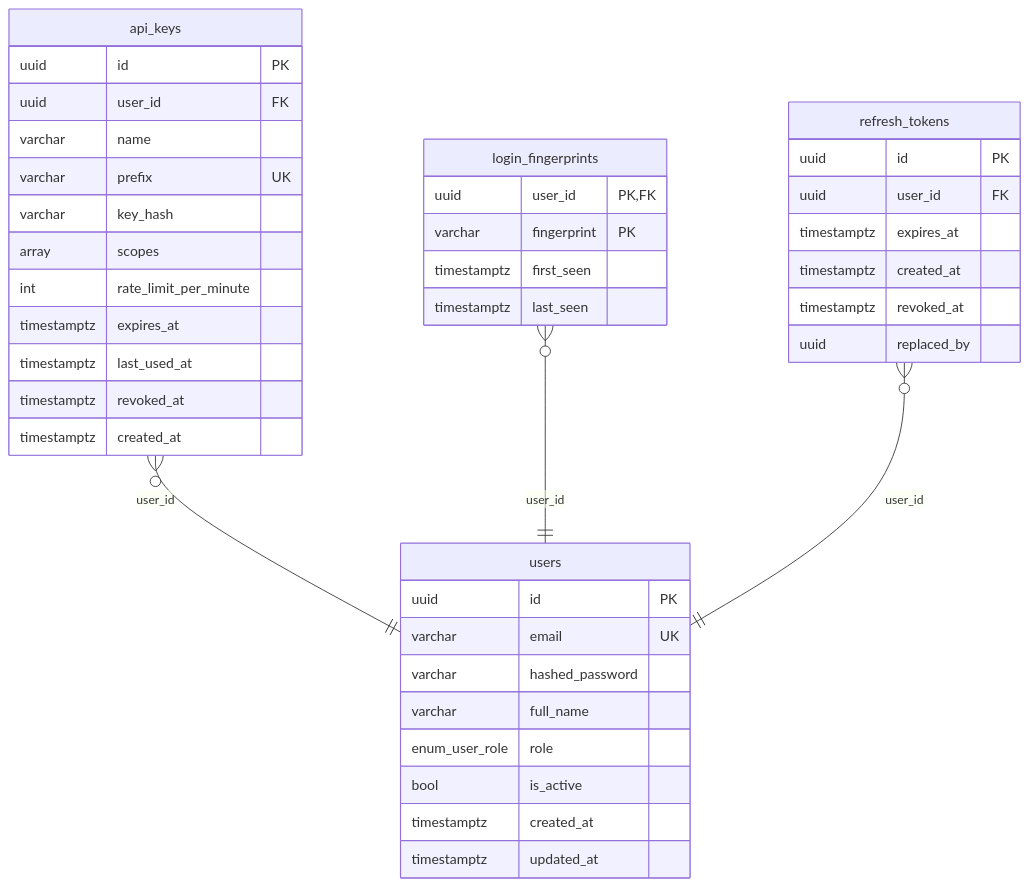
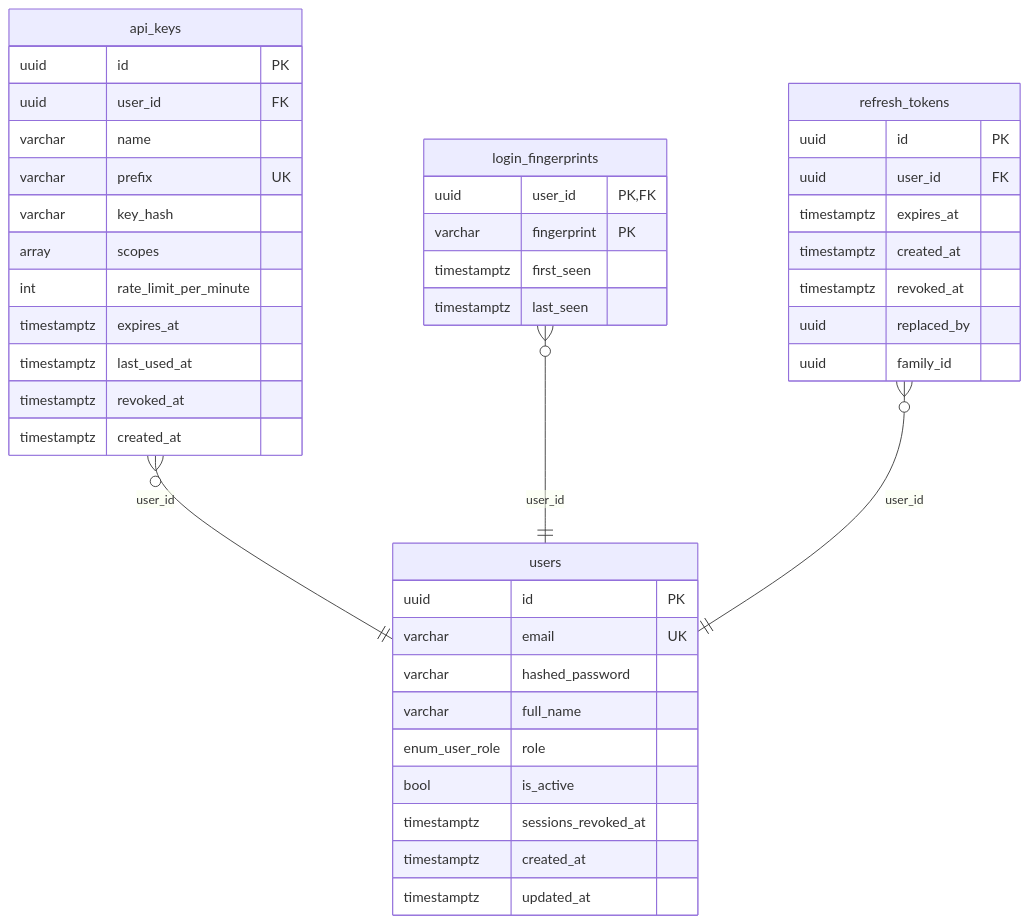
Before and after one commit to yazan-alsamman/ai-trading-analysis-system: the diagram in docs/erd/mmd/auth.mmd, drawn with Mermaid. The commit also changed 8 other files, not shown here.

```diff
--- a/docs/erd/mmd/auth.mmd
+++ b/docs/erd/mmd/auth.mmd
@@ -1,41 +1,43 @@
 erDiagram
     users {
         uuid id PK
         varchar email UK
         varchar hashed_password
         varchar full_name
         enum_user_role role
         bool is_active
+        timestamptz sessions_revoked_at
         timestamptz created_at
         timestamptz updated_at
     }
     refresh_tokens {
         uuid id PK
         uuid user_id FK
         timestamptz expires_at
         timestamptz created_at
         timestamptz revoked_at
         uuid replaced_by
+        uuid family_id
     }
     api_keys {
         uuid id PK
         uuid user_id FK
         varchar name
         varchar prefix UK
         varchar key_hash
         array scopes
         int rate_limit_per_minute
         timestamptz expires_at
         timestamptz last_used_at
         timestamptz revoked_at
         timestamptz created_at
     }
     login_fingerprints {
         uuid user_id PK, FK
         varchar fingerprint PK
         timestamptz first_seen
         timestamptz last_seen
     }
     api_keys }o--|| users : "user_id"
     login_fingerprints }o--|| users : "user_id"
     refresh_tokens }o--|| users : "user_id"
```
